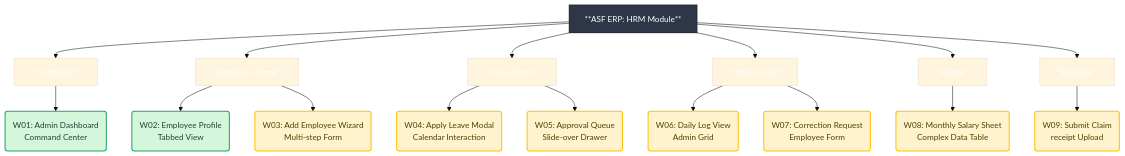
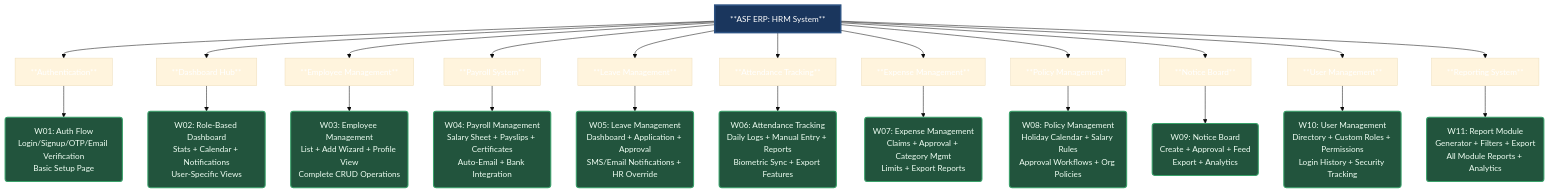
Before and after one commit to MindsCraft/ASF-ERP-UX: the diagram in planning/04_Wireframes/wireframe_sitemap.md, drawn with Mermaid (base theme). The commit also changed other lines of this file and 9 other files, not shown here.

Commit message:
Refactor: Organize planning docs into Research, Architecture, and Management folders

````diff
--- a/planning/04_Wireframes/wireframe_sitemap.md
+++ b/planning/04_Wireframes/wireframe_sitemap.md
@@ -7,34 +8,55 @@
 ```mermaid
 graph TD
-    %% Main Nodes
-    Root[**ASF ERP: HRM Module**]:::root
+    %% Main Application Flow
+    Root[**ASF ERP: HRM System**]:::root
     
-    %% Modules
-    Root --> Dash[**Dashboard**]
-    Root --> Emp[**Employee Mgmt**]
-    Root --> Leave[**Leave Mgmt**]
-    Root --> Att[**Attendance**]
-    Root --> Pay[**Payroll**]
-    Root --> Exp[**Expense**]
+    %% Authentication Flow
+    Root --> Auth[**Authentication**]
+    Auth --> W01(W01: Auth Flow<br/>Login/Signup/OTP/Email Verification<br/>Basic Setup Page):::done
+    
+    %% Core Modules
+    Root --> Dash[**Dashboard Hub**]
+    Root --> Emp[**Employee Management**]
+    Root --> Pay[**Payroll System**]
+    Root --> Leave[**Leave Management**]
+    Root --> Att[**Attendance Tracking**]
+    Root --> Exp[**Expense Management**]
+    Root --> Policy[**Policy Management**]
+    Root --> Notice[**Notice Board**]
+    Root --> Users[**User Management**]
+    Root --> Reports[**Reporting System**]
 
-    %% Wireframe Screens (Leaves)
-    Dash --> W1(W01: Admin Dashboard<br/>Command Center):::done
+    %% Dashboard Wireframes
+    Dash --> W02(W02: Role-Based Dashboard<br/>Stats + Calendar + Notifications<br/>User-Specific Views):::done
     
-    Emp --> W2(W02: Employee Profile<br/>Tabbed View):::done
-    Emp --> W3(W03: Add Employee Wizard<br/>Multi-step Form):::todo
+    %% Employee Management Wireframes
+    Emp --> W03(W03: Employee Management<br/>List + Add Wizard + Profile View<br/>Complete CRUD Operations):::done
     
-    Leave --> W4(W04: Apply Leave Modal<br/>Calendar Interaction):::todo
-    Leave --> W5(W05: Approval Queue<br/>Slide-over Drawer):::todo
+    %% Payroll Wireframes
+    Pay --> W04(W04: Payroll Management<br/>Salary Sheet + Payslips + Certificates<br/>Auto-Email + Bank Integration):::done
     
-    Att --> W6(W06: Daily Log View<br/>Admin Grid):::todo
-    Att --> W7(W07: Correction Request<br/>Employee Form):::todo
+    %% Leave Management Wireframes
+    Leave --> W05(W05: Leave Management<br/>Dashboard + Application + Approval<br/>SMS/Email Notifications + HR Override):::done
     
-    Pay --> W8(W08: Monthly Salary Sheet<br/>Complex Data Table):::todo
+    %% Attendance Wireframes
+    Att --> W06(W06: Attendance Tracking<br/>Daily Logs + Manual Entry + Reports<br/>Biometric Sync + Export Features):::done
     
-    Exp --> W9(W09: Submit Claim<br/>receipt Upload):::todo
+    %% Expense Management Wireframes
+    Exp --> W07(W07: Expense Management<br/>Claims + Approval + Category Mgmt<br/>Limits + Export Reports):::done
+    
+    %% Policy Management Wireframes
+    Policy --> W08(W08: Policy Management<br/>Holiday Calendar + Salary Rules<br/>Approval Workflows + Org Policies):::done
+    
+    %% Notice Board Wireframes
+    Notice --> W09(W09: Notice Board<br/>Create + Approval + Feed<br/>Export + Analytics):::done
+    
+    %% User Management Wireframes
+    Users --> W10(W10: User Management<br/>Directory + Custom Roles + Permissions<br/>Login History + Security Tracking):::done
+    
+    %% Reporting Wireframes
+    Reports --> W11(W11: Report Module<br/>Generator + Filters + Export<br/>All Module Reports + Analytics):::done
 
     %% Styling
-    classDef root fill:#2d3748,color:#fff,stroke:#1a202c,stroke-width:2px;
-    classDef done fill:#d4f7dc,stroke:#26a269,color:#1c4532,stroke-width:2px;
-    classDef todo fill:#fff3cd,stroke:#ffc107,color:#533f03,stroke-width:2px;
+    classDef root fill:#1a365d,color:#fff,stroke:#2c5282,stroke-width:3px;
+    classDef done fill:#22543d,stroke:#38a169,color:#f0fff4,stroke-width:2px;
 ```
````
